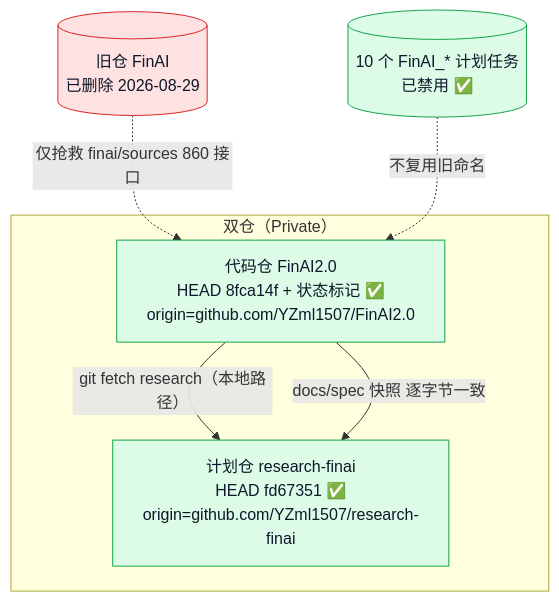
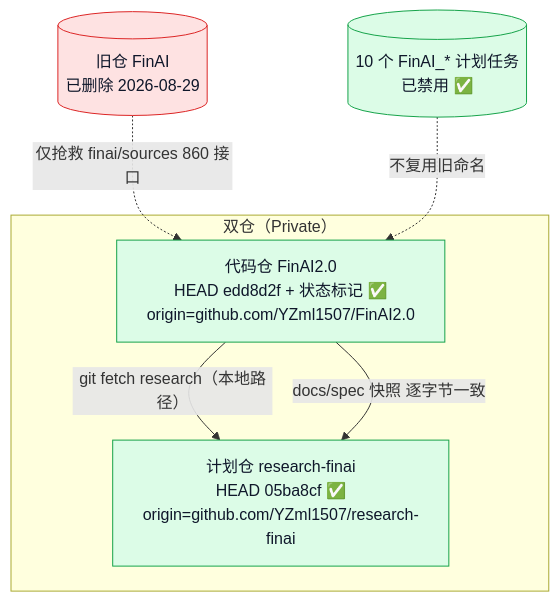
Before and after one commit to YZml1507/FinAI2.0: the first of 4 diagrams in docs/project_status_flowchart.md, drawn with Mermaid. The commit also changed other lines of this file and 3 other files, not shown here.

Commit message:
docs: T203 状态标记 — CLAUDE.md §0/§5/§7 + spec 快照同步（research-finai 05ba8cf）+ 流程图 md/html（T203 ✅ / 352 绿 / 当前位 T204 待启动）

````diff
--- a/docs/project_status_flowchart.md
+++ b/docs/project_status_flowchart.md
@@ -9,17 +9,17 @@
 ```mermaid
 flowchart TD
   subgraph REPO["双仓（Private）"]
-    F[代码仓 FinAI2.0<br/>HEAD 8fca14f + 状态标记 ✅<br/>origin=github.com/YZml1507/FinAI2.0] 
-    R[计划仓 research-finai<br/>HEAD fd67351 ✅<br/>origin=github.com/YZml1507/research-finai]
+    F[代码仓 FinAI2.0<br/>HEAD edd8d2f + 状态标记 ✅<br/>origin=github.com/YZml1507/FinAI2.0] 
+    R[计划仓 research-finai<br/>HEAD 05ba8cf ✅<br/>origin=github.com/YZml1507/research-finai]
     F -->|git fetch research（本地路径）| R
     F -->|docs/spec 快照 逐字节一致| R
   end
   DEL[(旧仓 FinAI<br/>已删除 2026-08-29)]
   TASK[(10 个 FinAI_* 计划任务<br/>已禁用 ✅)]
   DEL -.->|仅抢救 finai/sources 860 接口| F
   TASK -.->|不复用旧命名| F
   style F fill:#dcfce7,stroke:#16a34a,color:#0f172a
   style R fill:#dcfce7,stroke:#16a34a,color:#0f172a
   style DEL fill:#fee2e2,stroke:#dc2626,color:#0f172a
   style TASK fill:#dcfce7,stroke:#16a34a,color:#0f172a
 ```
````
